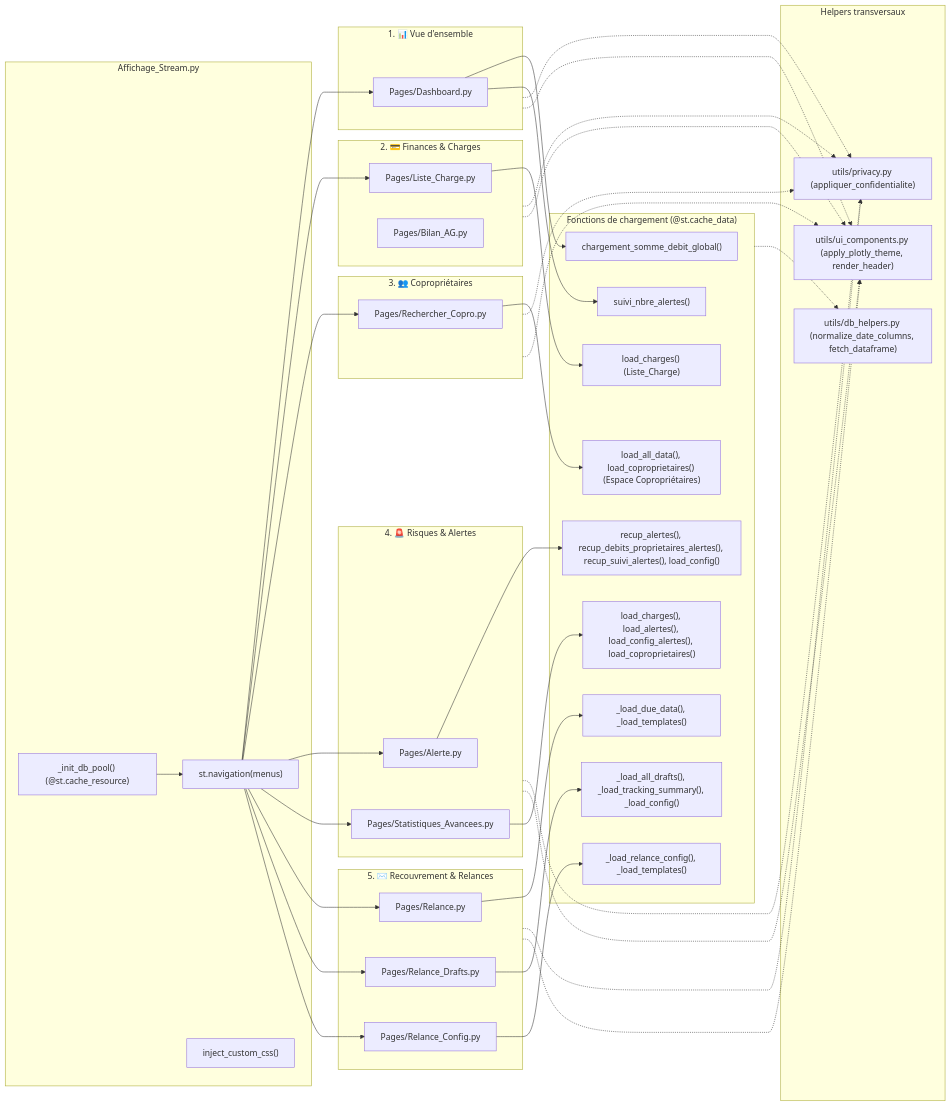
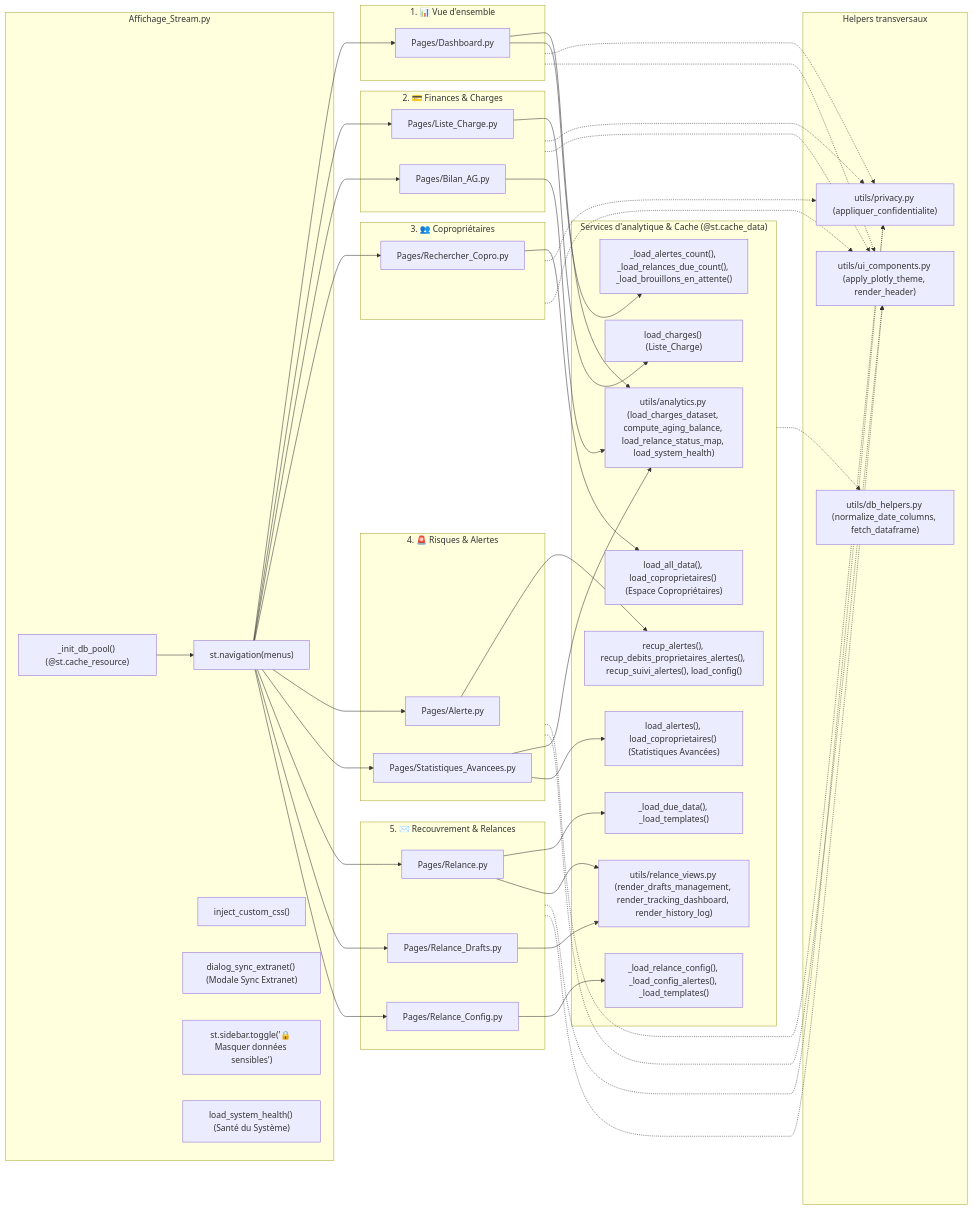
One commit to therealcorwin/CPTCOPRO changed the fourth of 10 diagrams in reports/call_graph.md. Above: the diagram before and after it, drawn with Mermaid. The commit also changed other lines of this file and 1 other file, not shown here.

Commit message:
test: Add validation for new functions in analytics and relance_views modules

````diff
--- a/reports/call_graph.md
+++ b/reports/call_graph.md
@@ -316,64 +318,68 @@
 ```mermaid
 flowchart LR
     subgraph ROOT[Affichage_Stream.py]
         pool["_init_db_pool() (@st.cache_resource)"]
         nav["st.navigation(menus)"]
         css["inject_custom_css()"]
+        sync["dialog_sync_extranet() (Modale Sync Extranet)"]
+        priv_toggle["st.sidebar.toggle('🔒 Masquer données sensibles')"]
+        health["load_system_health() (Santé du Système)"]
     end
 
     subgraph SEC1["1. 📊 Vue d'ensemble"]
         p_dash["Pages/Dashboard.py"]
     end
 
     subgraph SEC2["2. 💳 Finances & Charges"]
         p_lc["Pages/Liste_Charge.py"]
         p_bag["Pages/Bilan_AG.py"]
     end
 
     subgraph SEC3["3. 👥 Copropriétaires"]
         p_rech["Pages/Rechercher_Copro.py"]
     end
 
     subgraph SEC4["4. 🚨 Risques & Alertes"]
         p_ale["Pages/Alerte.py"]
         p_sadv["Pages/Statistiques_Avancees.py"]
     end
 
     subgraph SEC5["5. ✉️ Recouvrement & Relances"]
         p_rel["Pages/Relance.py"]
         p_drf["Pages/Relance_Drafts.py"]
         p_rcfg["Pages/Relance_Config.py"]
     end
 
-    subgraph LOADERS["Fonctions de chargement (@st.cache_data)"]
-        f_d1["chargement_somme_debit_global()"]
-        f_d2["suivi_nbre_alertes()"]
+    subgraph LOADERS["Services d'analytique & Cache (@st.cache_data)"]
+        f_an["utils/analytics.py (load_charges_dataset, compute_aging_balance, load_relance_status_map, load_system_health)"]
+        f_rv["utils/relance_views.py (render_drafts_management, render_tracking_dashboard, render_history_log)"]
+        f_dash["_load_alertes_count(), _load_relances_due_count(), _load_brouillons_en_attente()"]
         f_lc["load_charges() (Liste_Charge)"]
         f_rc["load_all_data(), load_coproprietaires() (Espace Copropriétaires)"]
         f_al1["recup_alertes(), recup_debits_proprietaires_alertes(), recup_suivi_alertes(), load_config()"]
-        f_sa1["load_charges(), load_alertes(), load_config_alertes(), load_coproprietaires()"]
+        f_sa1["load_alertes(), load_coproprietaires() (Statistiques Avancées)"]
         f_r1["_load_due_data(), _load_templates()"]
-        f_r2["_load_all_drafts(), _load_tracking_summary(), _load_config()"]
-        f_r4["_load_relance_config(), _load_templates()"]
+        f_rcfg["_load_relance_config(), _load_config_alertes(), _load_templates()"]
     end
 
     subgraph HELPERS["Helpers transversaux"]
         h_norm["utils/db_helpers.py (normalize_date_columns, fetch_dataframe)"]
         h_priv["utils/privacy.py (appliquer_confidentialite)"]
         h_ui["utils/ui_components.py (apply_plotly_theme, render_header)"]
     end
 
     pool --> nav
-    nav --> p_dash --> f_d1 & f_d2
+    nav --> p_dash --> f_an & f_dash
     nav --> p_lc --> f_lc
+    nav --> p_bag --> f_an
     nav --> p_rech --> f_rc
     nav --> p_ale --> f_al1
-    nav --> p_sadv --> f_sa1
-    nav --> p_rel --> f_r1
-    nav --> p_drf --> f_r2
-    nav --> p_rcfg --> f_r4
+    nav --> p_sadv --> f_an & f_sa1
+    nav --> p_rel --> f_r1 & f_rv
+    nav --> p_drf --> f_rv
+    nav --> p_rcfg --> f_rcfg
 
     LOADERS -.-> h_norm
     SEC1 & SEC2 & SEC3 & SEC4 & SEC5 -.-> h_priv
     SEC1 & SEC2 & SEC3 & SEC4 & SEC5 -.-> h_ui
 ```
````
